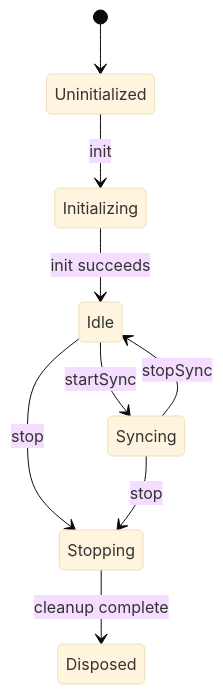
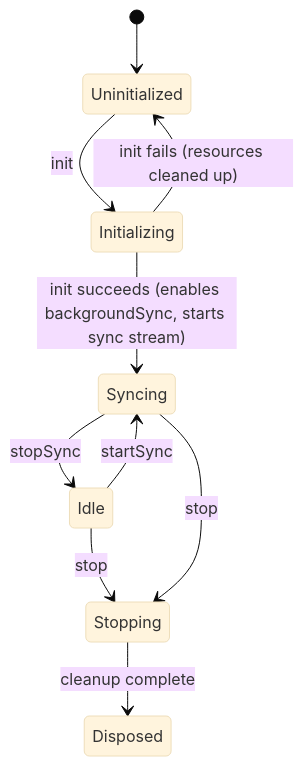
Before and after one commit to matthiasn/lotti: diagram 11 of 11 in lib/features/sync/README.md, drawn with Mermaid (base theme). The commit also changed other lines of this file and 43 other files, not shown here.

````diff
--- a/lib/features/sync/README.md
+++ b/lib/features/sync/README.md
@@ -975,11 +1019,12 @@
 ```mermaid
 stateDiagram-v2
   [*] --> Uninitialized
   Uninitialized --> Initializing: init
-  Initializing --> Idle: init succeeds
+  Initializing --> Syncing: init succeeds (enables backgroundSync, starts sync stream)
+  Initializing --> Uninitialized: init fails (resources cleaned up)
+  Syncing --> Idle: stopSync
   Idle --> Syncing: startSync
-  Syncing --> Idle: stopSync
   Idle --> Stopping: stop
   Syncing --> Stopping: stop
   Stopping --> Disposed: cleanup complete
 ```
````
